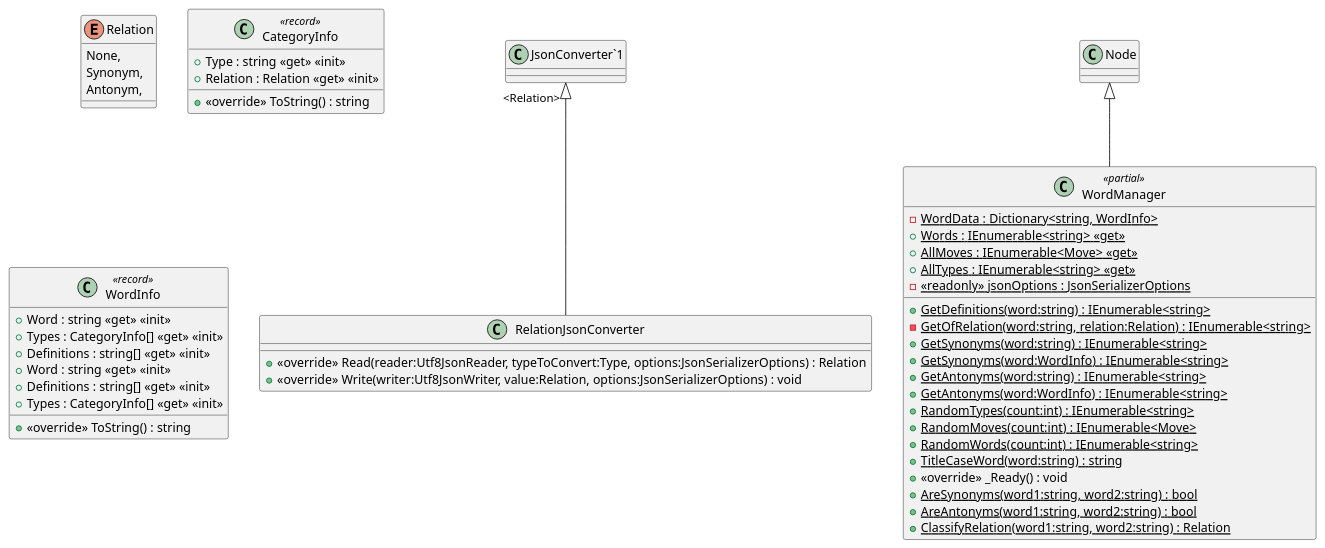
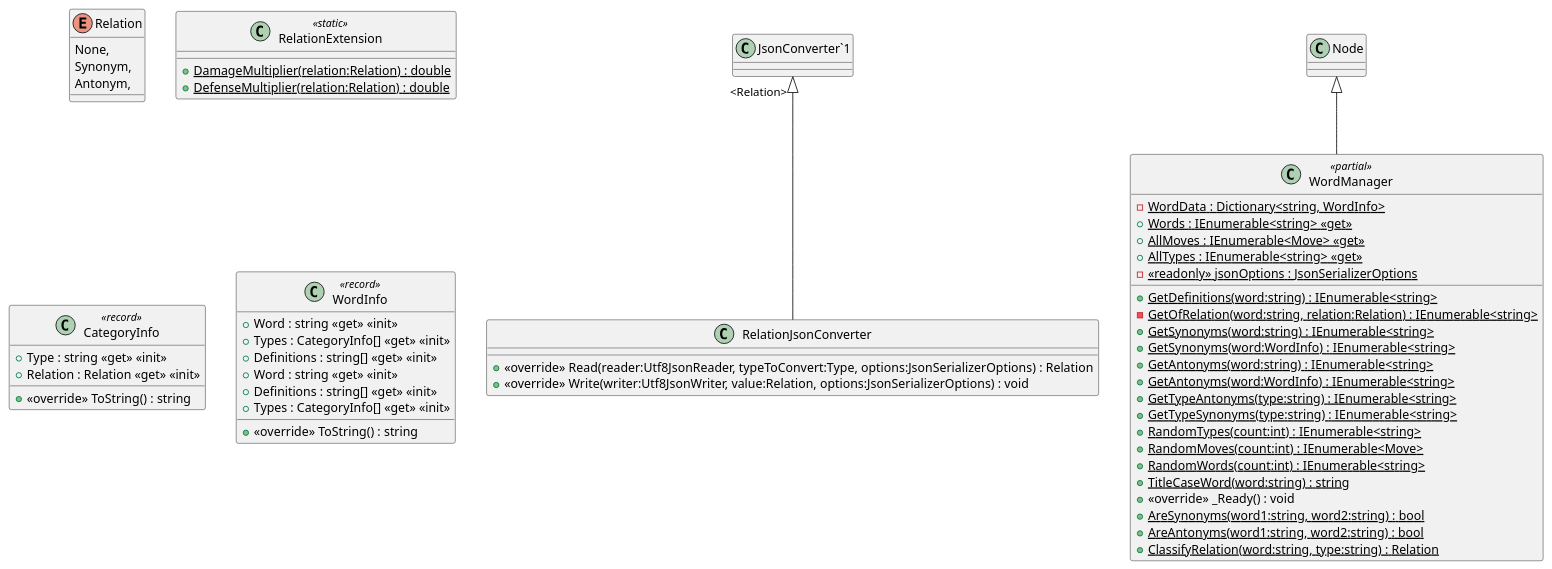
Before and after one commit to Leximon-SWE-2025/Leximon: the diagram in PlantUML/scripts/WordManager.puml, drawn with PlantUML. The commit also changed 13 other files, not shown here.

Commit message:
update UML

```diff
--- a/PlantUML/scripts/WordManager.puml
+++ b/PlantUML/scripts/WordManager.puml
@@ -1,48 +1,54 @@
 @startuml
 enum Relation {
     None,
     Synonym,
     Antonym,
+}
+class RelationExtension <<static>> {
+    + {static} DamageMultiplier(relation:Relation) : double
+    + {static} DefenseMultiplier(relation:Relation) : double
 }
 class RelationJsonConverter {
     + <<override>> Read(reader:Utf8JsonReader, typeToConvert:Type, options:JsonSerializerOptions) : Relation
     + <<override>> Write(writer:Utf8JsonWriter, value:Relation, options:JsonSerializerOptions) : void
 }
 class CategoryInfo <<record>> {
     + Type : string <<get>> <<init>>
     + Relation : Relation <<get>> <<init>>
     + <<override>> ToString() : string
 }
 class WordInfo <<record>> {
     + Word : string <<get>> <<init>>
     + Types : CategoryInfo[] <<get>> <<init>>
     + Definitions : string[] <<get>> <<init>>
     + Word : string <<get>> <<init>>
     + Definitions : string[] <<get>> <<init>>
     + Types : CategoryInfo[] <<get>> <<init>>
     + <<override>> ToString() : string
 }
 class WordManager <<partial>> {
     {static} - WordData : Dictionary<string, WordInfo>
     {static} + Words : IEnumerable<string> <<get>>
     + {static} AllMoves : IEnumerable<Move> <<get>>
     + {static} AllTypes : IEnumerable<string> <<get>>
     + {static} GetDefinitions(word:string) : IEnumerable<string>
     - {static} GetOfRelation(word:string, relation:Relation) : IEnumerable<string>
     + {static} GetSynonyms(word:string) : IEnumerable<string>
     + {static} GetSynonyms(word:WordInfo) : IEnumerable<string>
     + {static} GetAntonyms(word:string) : IEnumerable<string>
     + {static} GetAntonyms(word:WordInfo) : IEnumerable<string>
+    + {static} GetTypeAntonyms(type:string) : IEnumerable<string>
+    + {static} GetTypeSynonyms(type:string) : IEnumerable<string>
     + {static} RandomTypes(count:int) : IEnumerable<string>
     + {static} RandomMoves(count:int) : IEnumerable<Move>
     + {static} RandomWords(count:int) : IEnumerable<string>
     {static} - <<readonly>> jsonOptions : JsonSerializerOptions
     + {static} TitleCaseWord(word:string) : string
     + <<override>> _Ready() : void
     + {static} AreSynonyms(word1:string, word2:string) : bool
     + {static} AreAntonyms(word1:string, word2:string) : bool
-    + {static} ClassifyRelation(word1:string, word2:string) : Relation
+    + {static} ClassifyRelation(word:string, type:string) : Relation
 }
 "JsonConverter`1" "<Relation>" <|-- RelationJsonConverter
 Node <|-- WordManager
 @enduml
```
